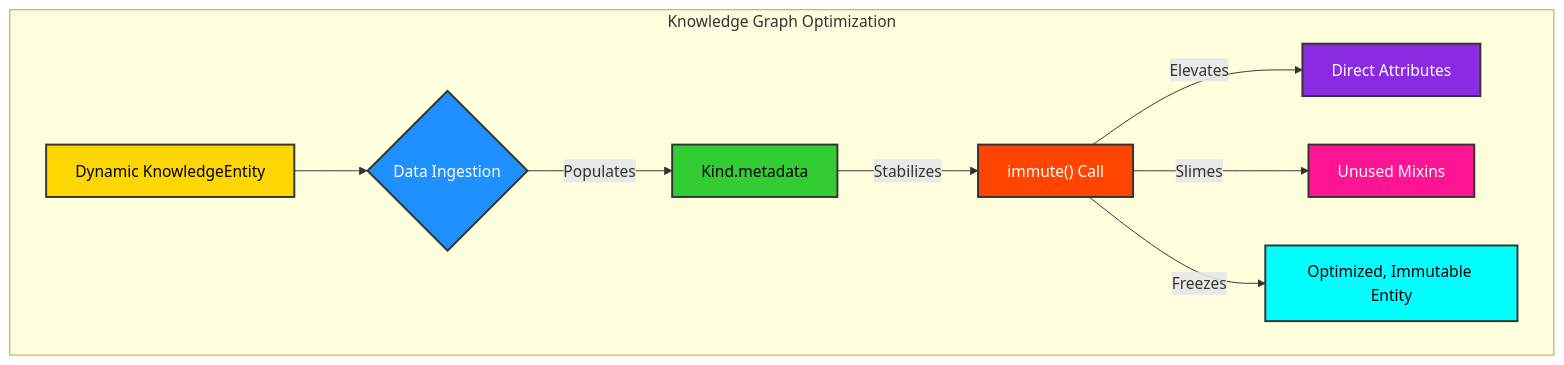
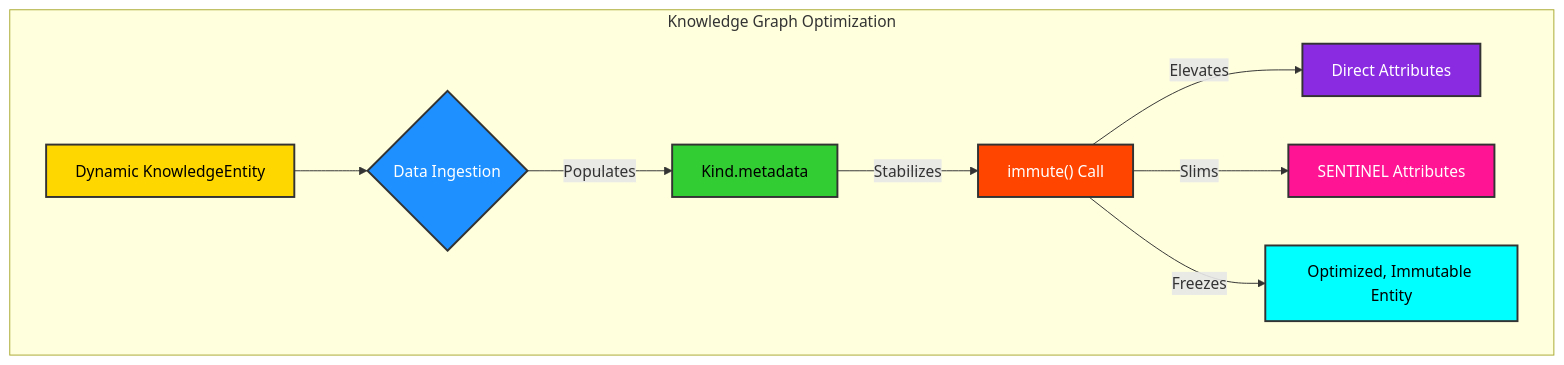
One commit to ikko/kind changed the fourth of 5 diagrams in docs/topics/6_memory_aware_maturing/index.md. Above: the diagram before and after it, drawn with Mermaid. The commit also changed other lines of this file and 62 other files, not shown here.

````diff
--- a/docs/topics/6_memory_aware_maturing/index.md
+++ b/docs/topics/6_memory_aware_maturing/index.md
@@ -99,19 +101,19 @@
 ```mermaid
 graph TD
     subgraph "Knowledge Graph Optimization"
         A[Dynamic KnowledgeEntity] --> B{Data Ingestion};
         B -- "Populates" --> C[Kind.metadata];
         C -- "Stabilizes" --> D[immute#40;#41; Call];
         D -- "Elevates" --> E[Direct Attributes];
-        D -- "Slimes" --> F[Unused Mixins];
+        D -- "Slims" --> F[SENTINEL Attributes];
         D -- "Freezes" --> G[Optimized, Immutable Entity];
     end
 
     style A fill:#FFD700,stroke:#333,stroke-width:2px,color:#000000;
     style B fill:#1E90FF,stroke:#333,stroke-width:2px,color:#FFFFFF;
     style C fill:#32CD32,stroke:#333,stroke-width:2px,color:#000000;
     style D fill:#FF4500,stroke:#333,stroke-width:2px,color:#FFFFFF;
     style E fill:#8A2BE2,stroke:#333,stroke-width:2px,color:#FFFFFF;
     style F fill:#FF1493,stroke:#333,stroke-width:2px,color:#FFFFFF;
     style G fill:#00FFFF,stroke:#333,stroke-width:2px,color:#000000;
 ```
````
